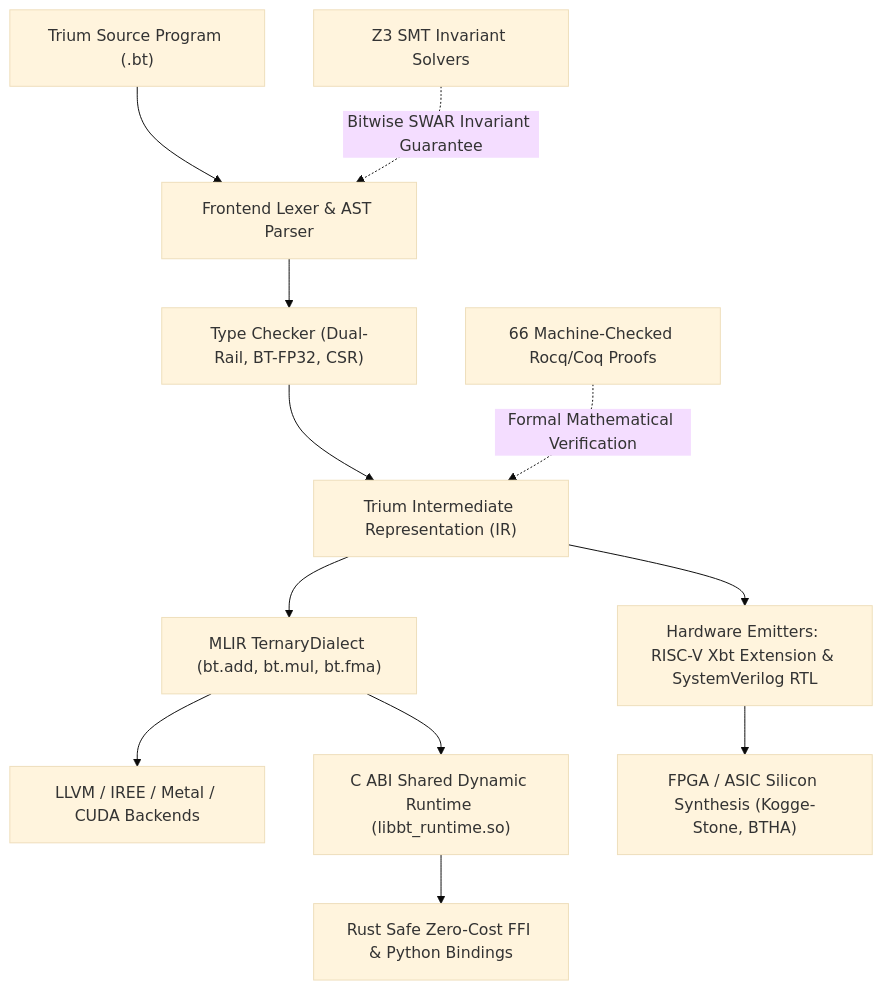
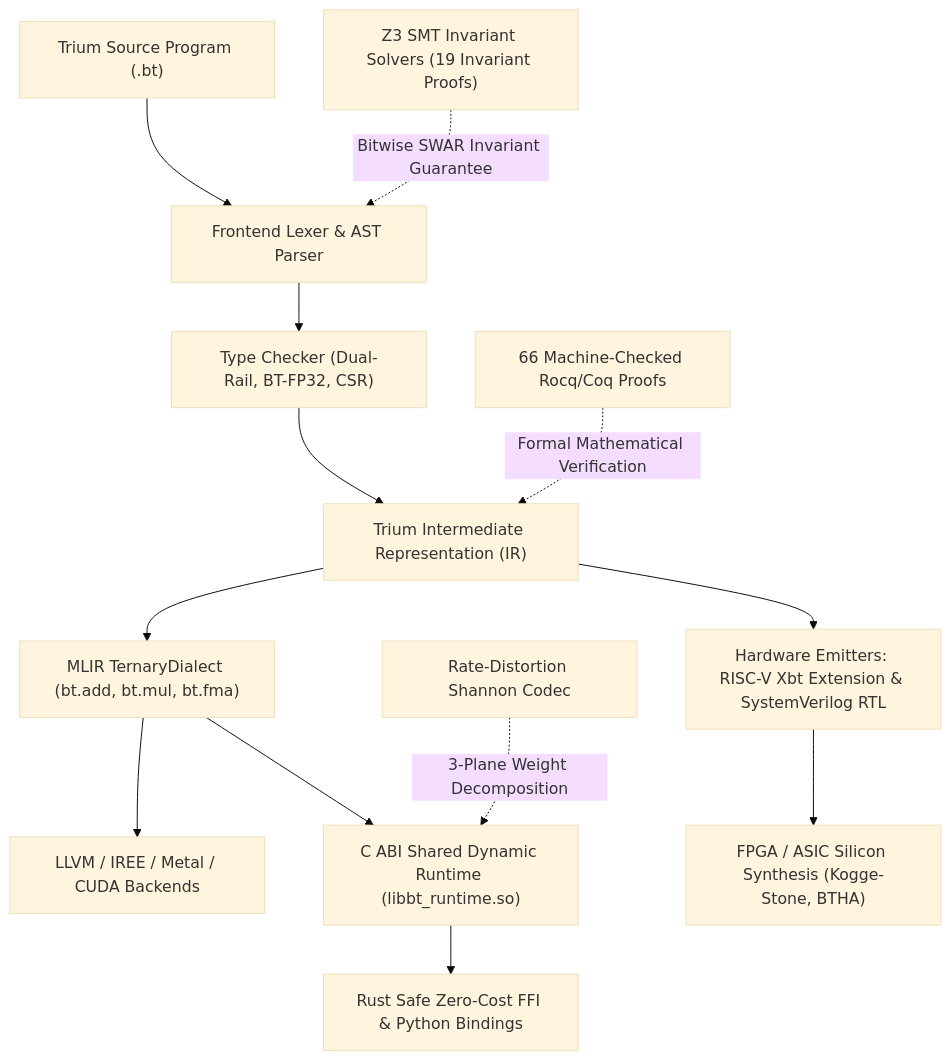
One commit to Ojas-Arya-OPEN-FOUNDATION/Trium-XBT-compiler changed the diagram in upload trium core files/00_SYSTEM_ARCHITECTURE_OVERVIEW.md. Above: the diagram before and after it, drawn with Mermaid (base theme). The commit also changed other lines of this file and 32 other files, not shown here.

Commit message:
docs(dossier): add high-performance GEMM and multi-plane Shannon codec dossiers with standalone core sources

````diff
--- a/upload trium core files/00_SYSTEM_ARCHITECTURE_OVERVIEW.md
+++ b/upload trium core files/00_SYSTEM_ARCHITECTURE_OVERVIEW.md
@@ -51,15 +51,16 @@
 ```mermaid
 flowchart TD
     A["Trium Source Program (.bt)"] --> B["Frontend Lexer & AST Parser"]
     B --> C["Type Checker (Dual-Rail, BT-FP32, CSR)"]
     C --> D["Trium Intermediate Representation (IR)"]
     D --> E["MLIR TernaryDialect (bt.add, bt.mul, bt.fma)"]
     E --> F["LLVM / IREE / Metal / CUDA Backends"]
     E --> G["C ABI Shared Dynamic Runtime (libbt_runtime.so)"]
     G --> H["Rust Safe Zero-Cost FFI & Python Bindings"]
     D --> I["Hardware Emitters: RISC-V Xbt Extension & SystemVerilog RTL"]
     I --> J["FPGA / ASIC Silicon Synthesis (Kogge-Stone, BTHA)"]
     
     K["66 Machine-Checked Rocq/Coq Proofs"] -.->|"Formal Mathematical Verification"| D
-    L["Z3 SMT Invariant Solvers"] -.->|"Bitwise SWAR Invariant Guarantee"| B
+    L["Z3 SMT Invariant Solvers (19 Invariant Proofs)"] -.->|"Bitwise SWAR Invariant Guarantee"| B
+    M["Rate-Distortion Shannon Codec"] -.->|"3-Plane Weight Decomposition"| G
 ```
````
